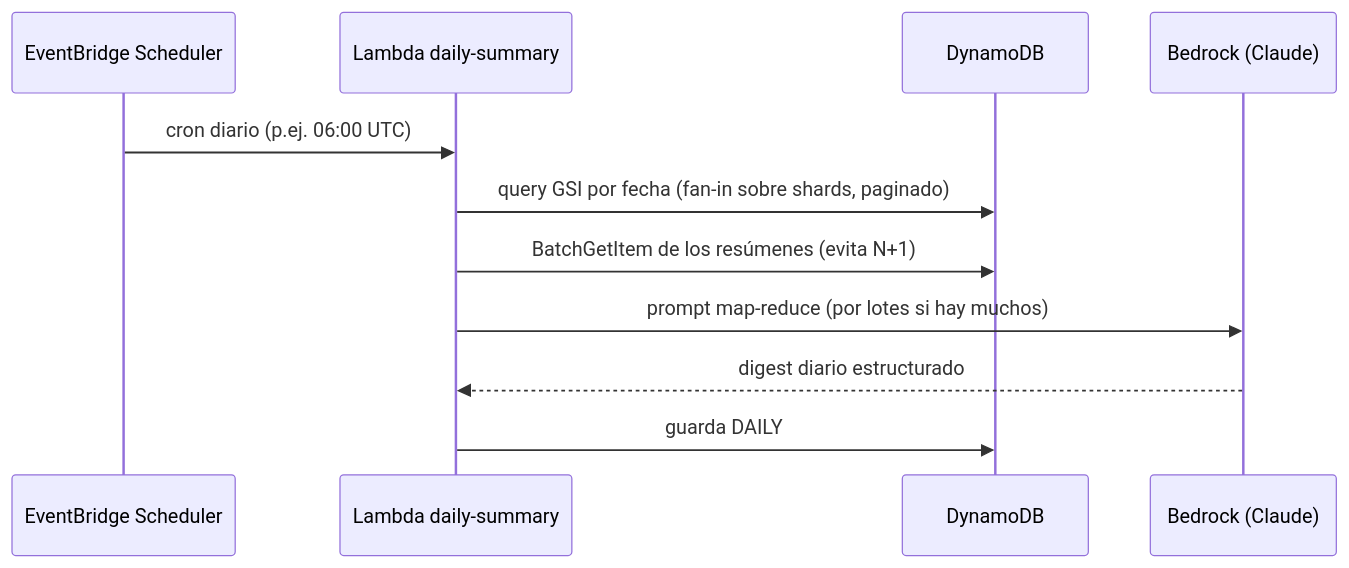
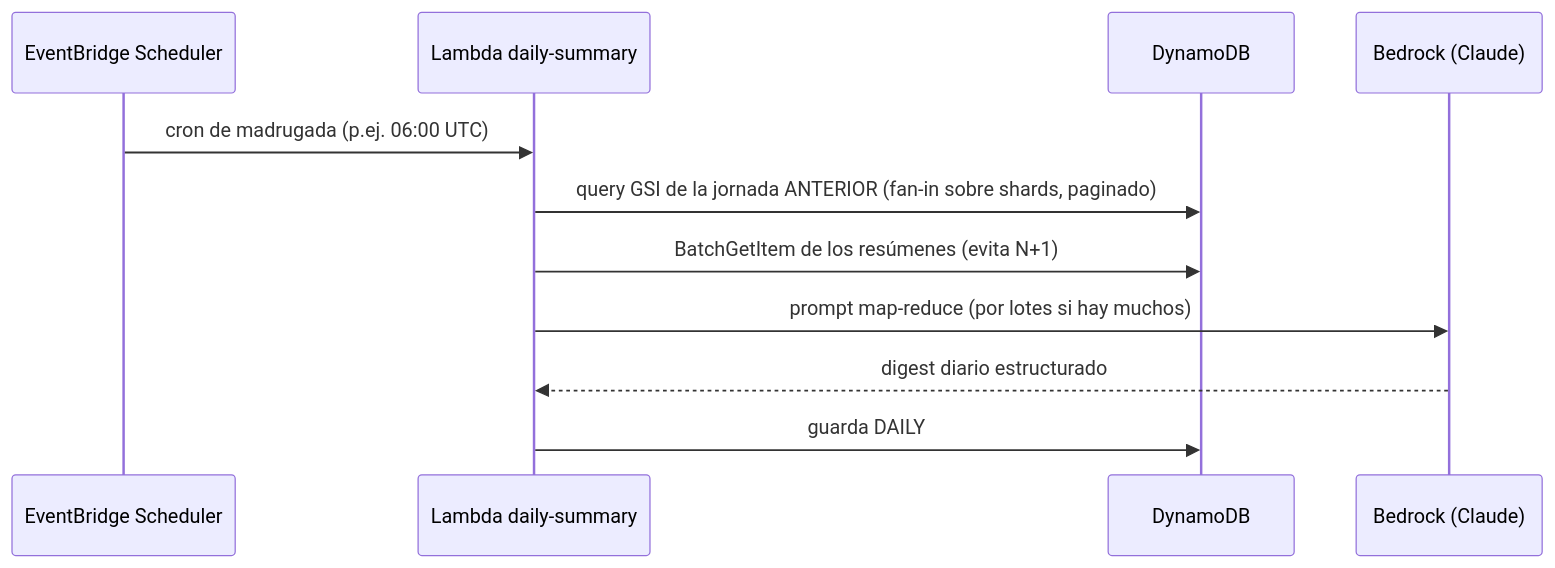
The second of 2 diagrams in docs/diagrams/arquitectura-ia.md (JMMAILabs/NewsNow), drawn with Mermaid before and after one commit. The commit also changed 8 other files, not shown here.

First line of the commit message:
fix(ia): el boletin diario resume la JORNADA ANTERIOR (no el dia recien empezado)

````diff
--- a/docs/diagrams/arquitectura-ia.md
+++ b/docs/diagrams/arquitectura-ia.md
@@ -40,14 +40,14 @@
 ```mermaid
 sequenceDiagram
     participant EB as EventBridge Scheduler
     participant L as Lambda daily-summary
     participant DDB as DynamoDB
     participant BR as Bedrock (Claude)
 
-    EB->>L: cron diario (p.ej. 06:00 UTC)
-    L->>DDB: query GSI por fecha (fan-in sobre shards, paginado)
+    EB->>L: cron de madrugada (p.ej. 06:00 UTC)
+    L->>DDB: query GSI de la jornada ANTERIOR (fan-in sobre shards, paginado)
     L->>DDB: BatchGetItem de los resúmenes (evita N+1)
     L->>BR: prompt map-reduce (por lotes si hay muchos)
     BR-->>L: digest diario estructurado
     L->>DDB: guarda DAILY#YYYY-MM-DD
 ```
````
